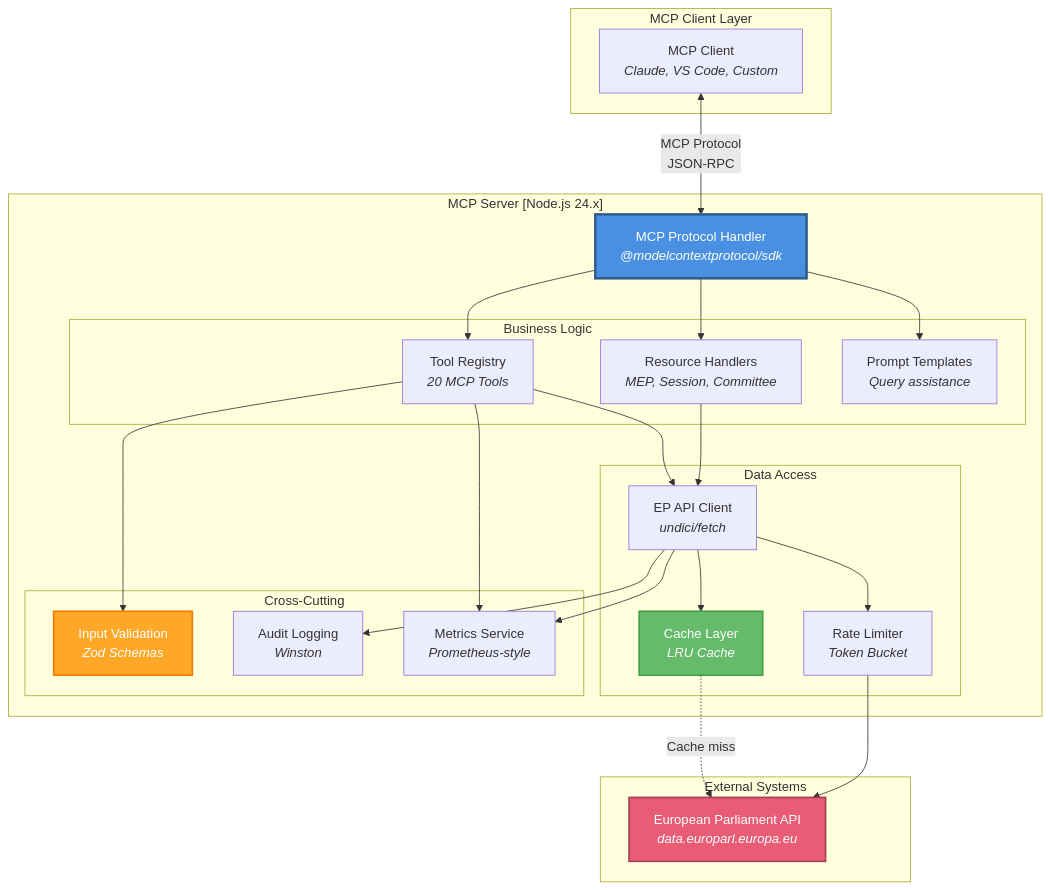
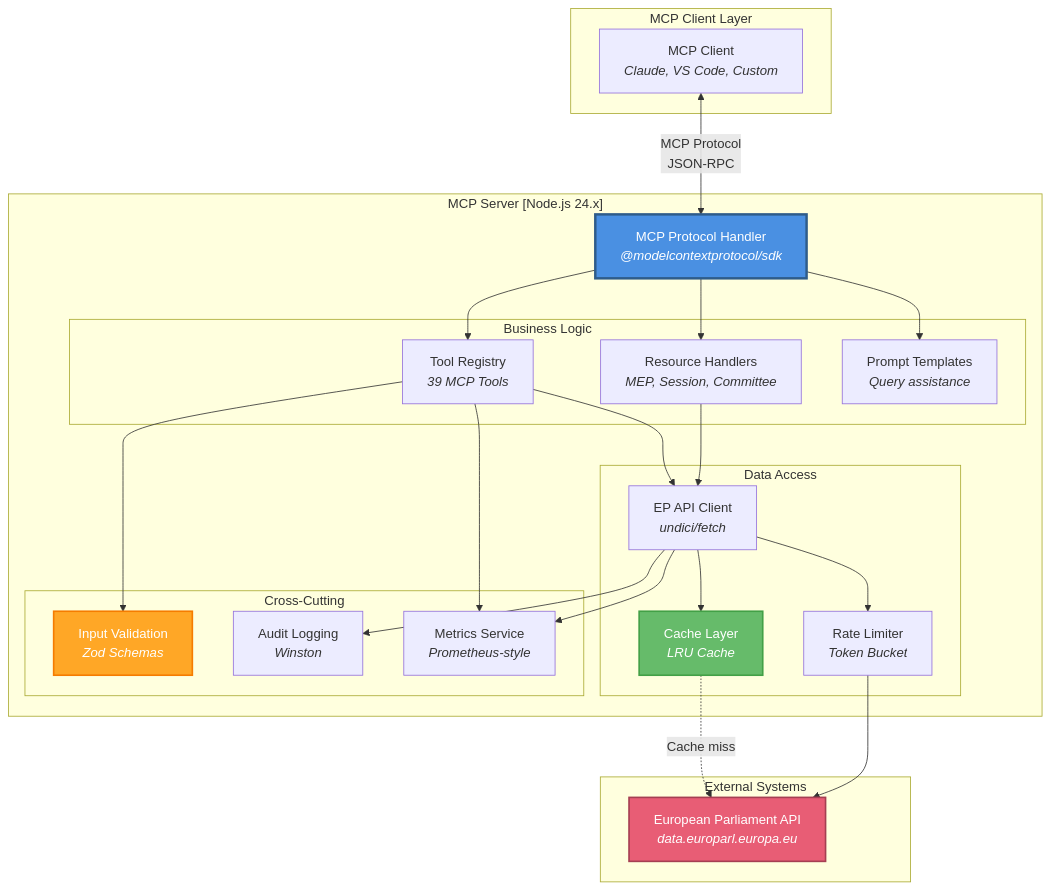
Before and after one commit to Hack23/European-Parliament-MCP-Server: the second of 14 diagrams in ARCHITECTURE_DIAGRAMS.md, drawn with Mermaid. The commit also changed other lines of this file and 8 other files, not shown here.

````diff
--- a/ARCHITECTURE_DIAGRAMS.md
+++ b/ARCHITECTURE_DIAGRAMS.md
@@ -114,56 +114,56 @@
 ```mermaid
 graph TB
     subgraph "MCP Client Layer"
         CLIENT[MCP Client<br/><i>Claude, VS Code, Custom</i>]
     end
     
     subgraph "MCP Server [Node.js 24.x]"
         SERVER[MCP Protocol Handler<br/><i>@modelcontextprotocol/sdk</i>]
         
         subgraph "Business Logic"
-            TOOLS[Tool Registry<br/><i>20 MCP Tools</i>]
+            TOOLS[Tool Registry<br/><i>39 MCP Tools</i>]
             RESOURCES[Resource Handlers<br/><i>MEP, Session, Committee</i>]
             PROMPTS[Prompt Templates<br/><i>Query assistance</i>]
         end
         
         subgraph "Data Access"
             API_CLIENT[EP API Client<br/><i>undici/fetch</i>]
             CACHE[Cache Layer<br/><i>LRU Cache</i>]
             RATE_LIMITER[Rate Limiter<br/><i>Token Bucket</i>]
         end
         
         subgraph "Cross-Cutting"
             VALIDATION[Input Validation<br/><i>Zod Schemas</i>]
             LOGGING[Audit Logging<br/><i>Winston</i>]
             METRICS[Metrics Service<br/><i>Prometheus-style</i>]
         end
     end
     
     subgraph "External Systems"
         EP_API[European Parliament API<br/><i>data.europarl.europa.eu</i>]
     end
     
     CLIENT <-->|MCP Protocol<br/>JSON-RPC| SERVER
     SERVER --> TOOLS
     SERVER --> RESOURCES
     SERVER --> PROMPTS
     
     TOOLS --> VALIDATION
     TOOLS --> API_CLIENT
     RESOURCES --> API_CLIENT
     
     API_CLIENT --> CACHE
     API_CLIENT --> RATE_LIMITER
     API_CLIENT --> LOGGING
     
     CACHE -.->|Cache miss| EP_API
     RATE_LIMITER --> EP_API
     
     TOOLS --> METRICS
     API_CLIENT --> METRICS
     
     style SERVER fill:#4A90E2,stroke:#2E5C8A,stroke-width:3px,color:#fff
     style EP_API fill:#E85D75,stroke:#A53F52,stroke-width:2px,color:#fff
     style CACHE fill:#66BB6A,stroke:#43A047,stroke-width:2px,color:#fff
     style VALIDATION fill:#FFA726,stroke:#F57C00,stroke-width:2px,color:#fff
 ```
````
